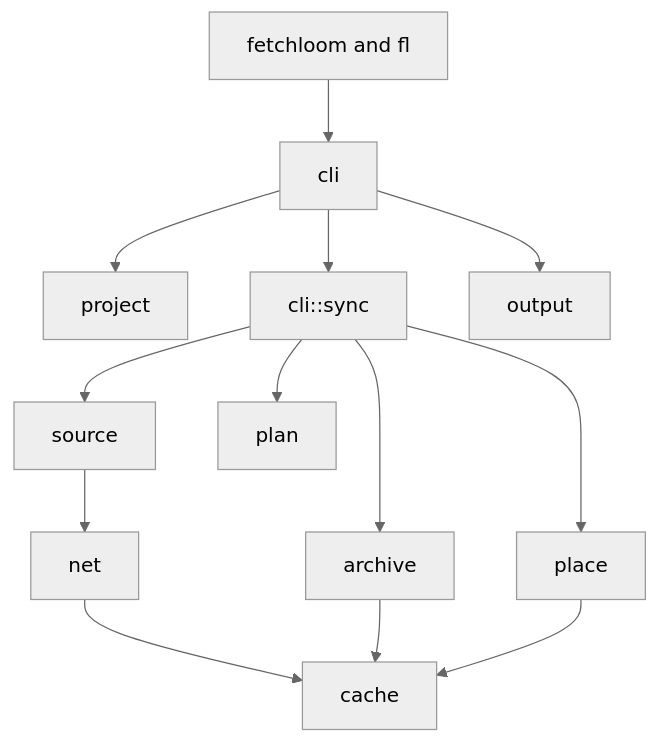
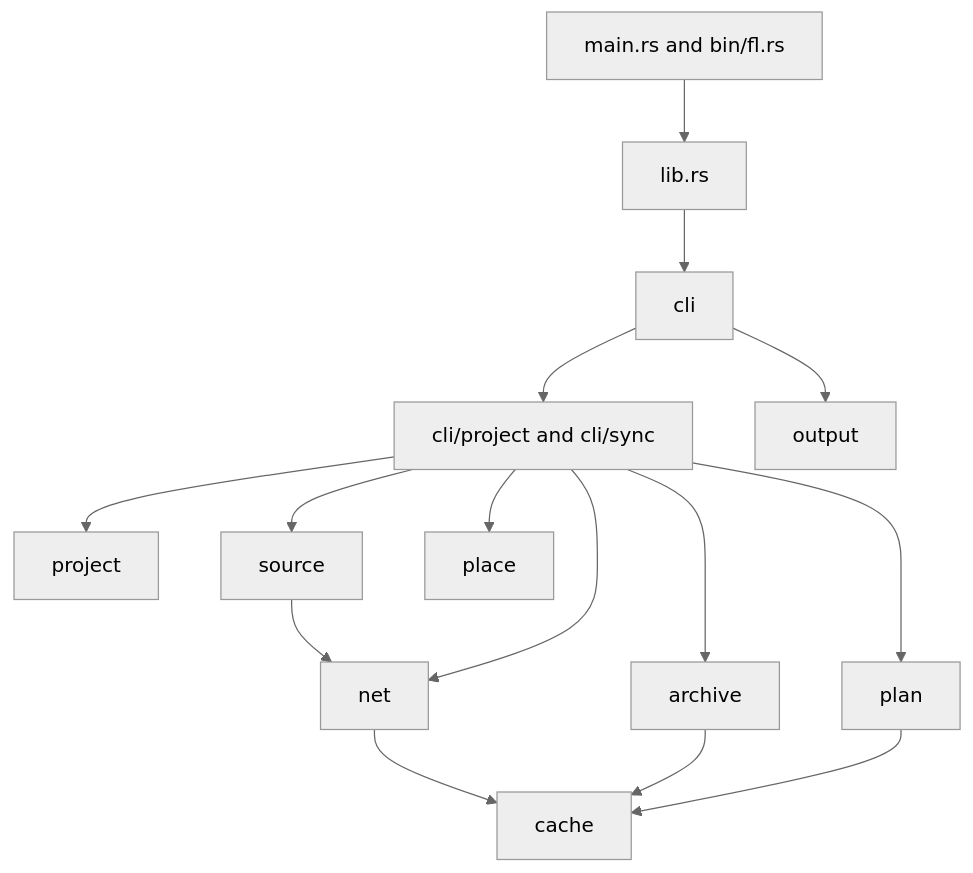
One commit to nikhil-yn-aix/fetchloom changed the first of 4 diagrams in docs/dev/architecture.md. Above: the diagram before and after it, drawn with Mermaid (neutral theme). The commit also changed other lines of this file and 6 other files, not shown here.

````diff
--- a/docs/dev/architecture.md
+++ b/docs/dev/architecture.md
@@ -24,15 +7,17 @@
 ```mermaid
 flowchart TD
-    entry[fetchloom and fl] --> cli
-    cli --> project
-    cli --> sync[cli::sync]
-    cli --> output
-    sync --> source
-    source --> net
-    sync --> plan
-    sync --> archive
-    sync --> place
-    net --> cache
+    entry["main.rs and bin/fl.rs"] --> lib["lib.rs"]
+    lib --> cli["cli"]
+    cli --> sync["cli/project and cli/sync"]
+    cli --> output["output"]
+    sync --> project["project"]
+    sync --> source["source"]
+    source --> net["net"]
+    sync --> net
+    sync --> archive["archive"]
+    sync --> plan["plan"]
+    sync --> place["place"]
+    net --> cache["cache"]
     archive --> cache
-    place --> cache
+    plan --> cache
 ```
````
